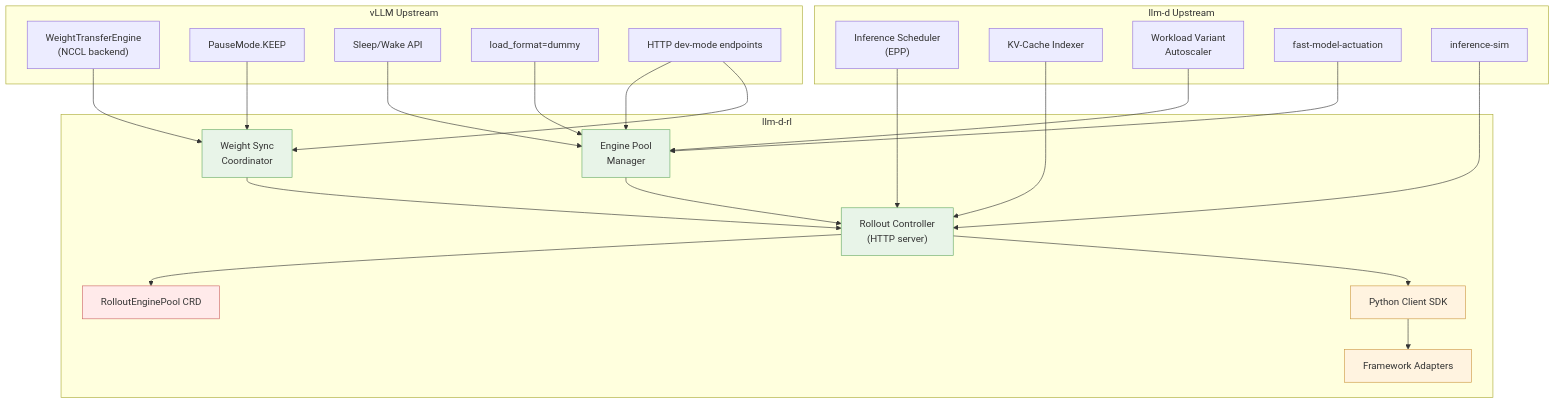
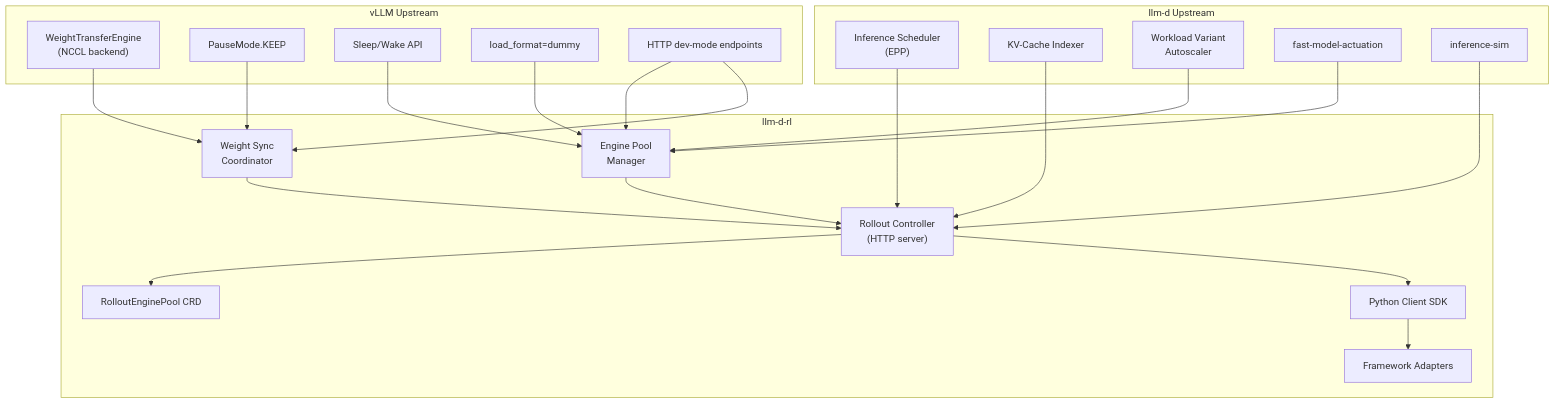
The second of 2 diagrams in docs/proposals/roadmap.md (llm-d-incubation/llm-d-rl), drawn with Mermaid before and after one commit. The commit also changed 1 other file, not shown here.

Commit message:
Remove color/style directives from Mermaid diagrams
Strip all fill/stroke style lines and rgb() box/rect highlights
that were preventing proper rendering on GitHub.

````diff
--- a/docs/proposals/roadmap.md
+++ b/docs/proposals/roadmap.md
@@ -142,53 +142,47 @@
 ```mermaid
 graph TB
     subgraph "vLLM Upstream"
         V1["WeightTransferEngine<br/>(NCCL backend)"]
         V2["PauseMode.KEEP"]
         V3["Sleep/Wake API"]
         V4["load_format=dummy"]
         V5["HTTP dev-mode endpoints"]
     end
 
     subgraph "llm-d Upstream"
         L1["Inference Scheduler<br/>(EPP)"]
         L2["KV-Cache Indexer"]
         L3["Workload Variant<br/>Autoscaler"]
         L4["fast-model-actuation"]
         L5["inference-sim"]
     end
 
     subgraph "llm-d-rl"
         R1["Weight Sync<br/>Coordinator"]
         R2["Engine Pool<br/>Manager"]
         R3["Rollout Controller<br/>(HTTP server)"]
         R4["Python Client SDK"]
         R5["Framework Adapters"]
         R6["RolloutEnginePool CRD"]
     end
 
     V1 --> R1
     V2 --> R1
     V3 --> R2
     V4 --> R2
     V5 --> R1
     V5 --> R2
 
     L1 --> R3
     L2 --> R3
     L3 --> R2
     L4 --> R2
     L5 --> R3
 
     R1 --> R3
     R2 --> R3
     R3 --> R4
     R4 --> R5
     R3 --> R6
 
-    style R1 fill:#e8f4e8,stroke:#66aa66
-    style R2 fill:#e8f4e8,stroke:#66aa66
-    style R3 fill:#e8f4e8,stroke:#66aa66
-    style R4 fill:#fff3e0,stroke:#cc9944
-    style R5 fill:#fff3e0,stroke:#cc9944
-    style R6 fill:#ffeaea,stroke:#cc6666
 ```
````
